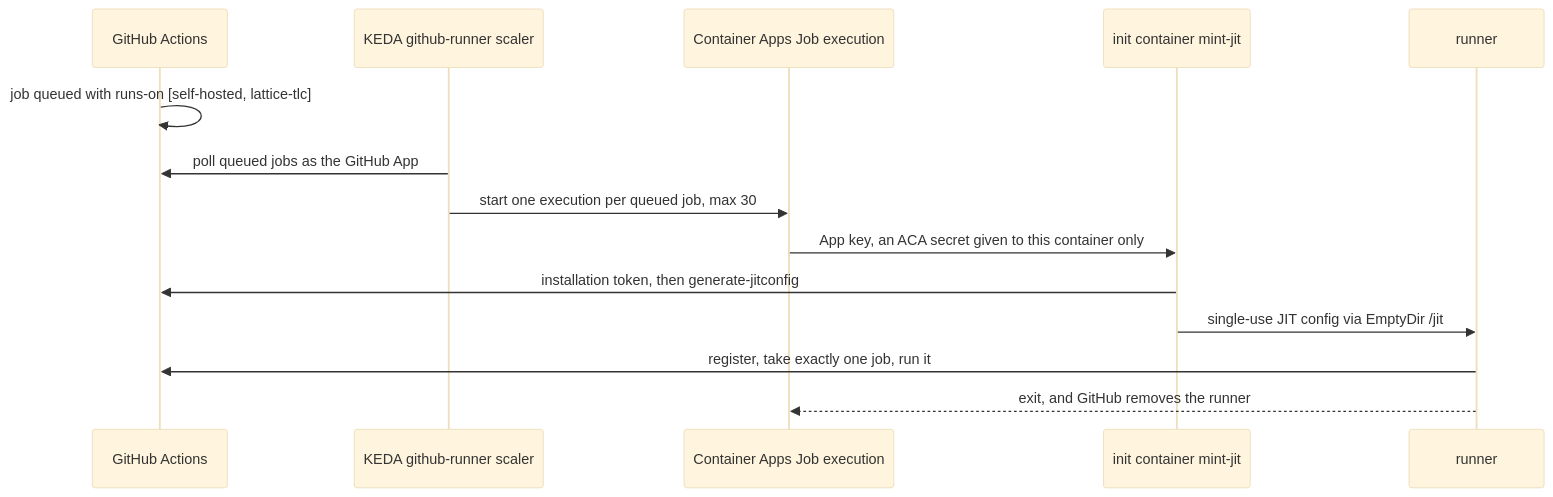
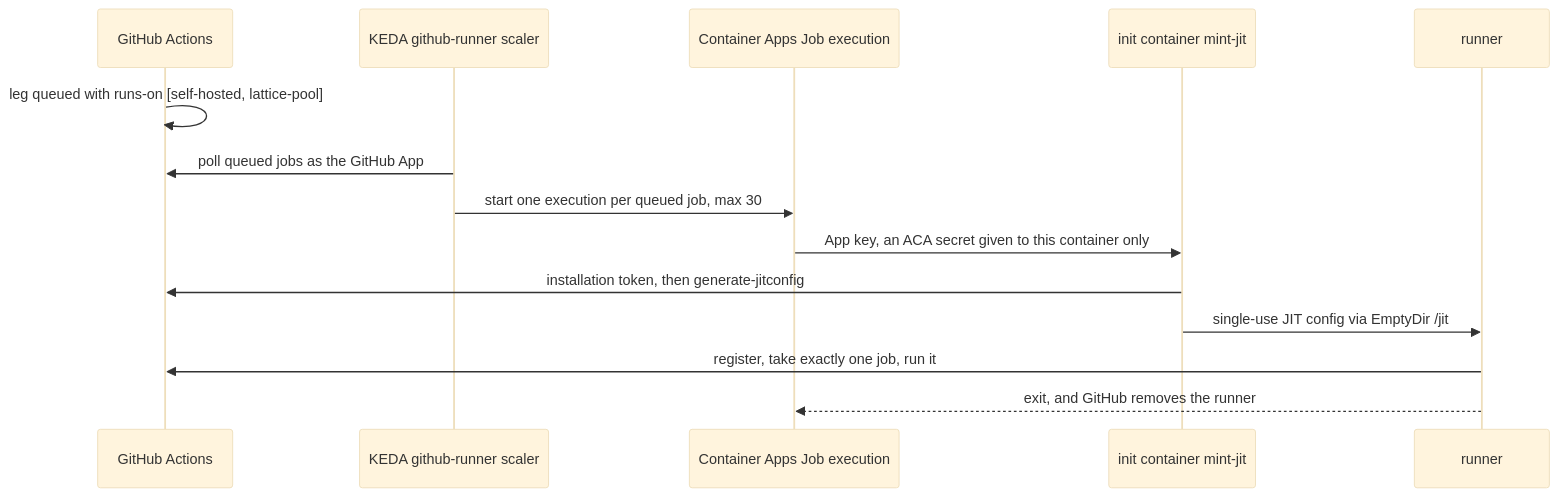
One commit to NSTA1/Orleans.Lattice changed the diagram in tools/ci-runners/README.md. Above: the diagram before and after it, drawn with Mermaid (base theme). The commit also changed other lines of this file and 10 other files, not shown here.

First line of the commit message:
ci: overflow matrix legs to the self-hosted pool when hosted runners are busy

````diff
--- a/tools/ci-runners/README.md
+++ b/tools/ci-runners/README.md
@@ -13,16 +40,16 @@
 ```mermaid
 sequenceDiagram
     participant GH as GitHub Actions
     participant K as KEDA github-runner scaler
     participant J as Container Apps Job execution
     participant I as init container mint-jit
     participant R as runner
-    GH->>GH: job queued with runs-on [self-hosted, lattice-tlc]
+    GH->>GH: leg queued with runs-on [self-hosted, lattice-pool]
     K->>GH: poll queued jobs as the GitHub App
     K->>J: start one execution per queued job, max 30
     J->>I: App key, an ACA secret given to this container only
     I->>GH: installation token, then generate-jitconfig
     I->>R: single-use JIT config via EmptyDir /jit
     R->>GH: register, take exactly one job, run it
     R-->>J: exit, and GitHub removes the runner
 ```
````
